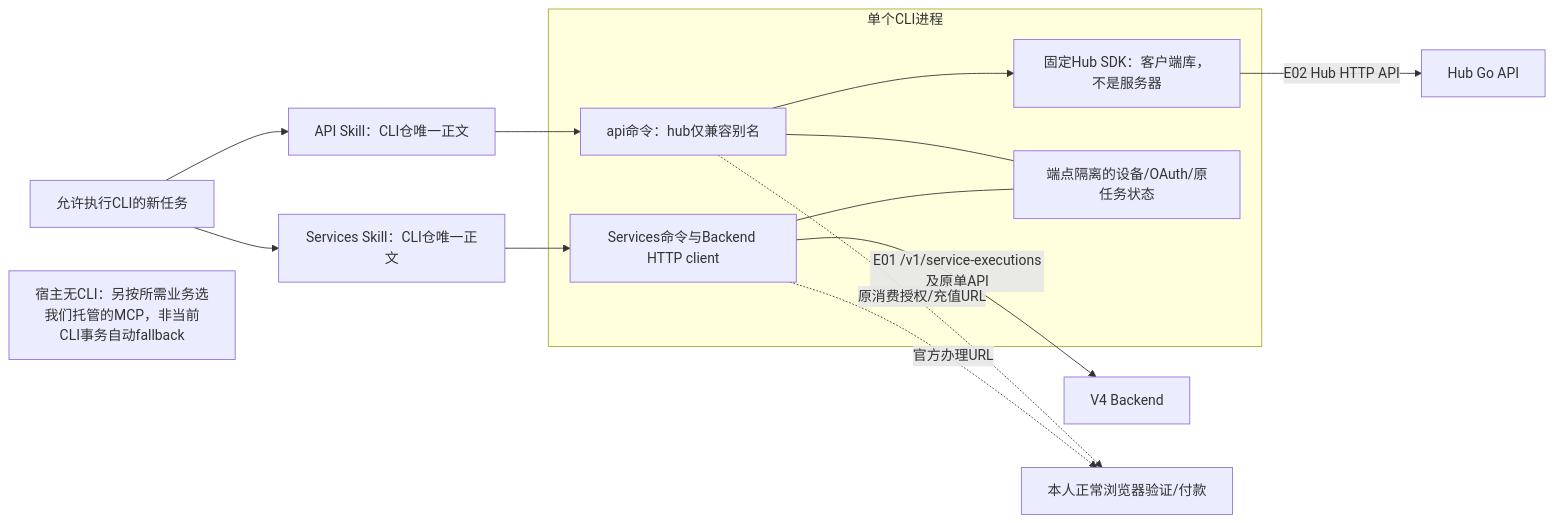
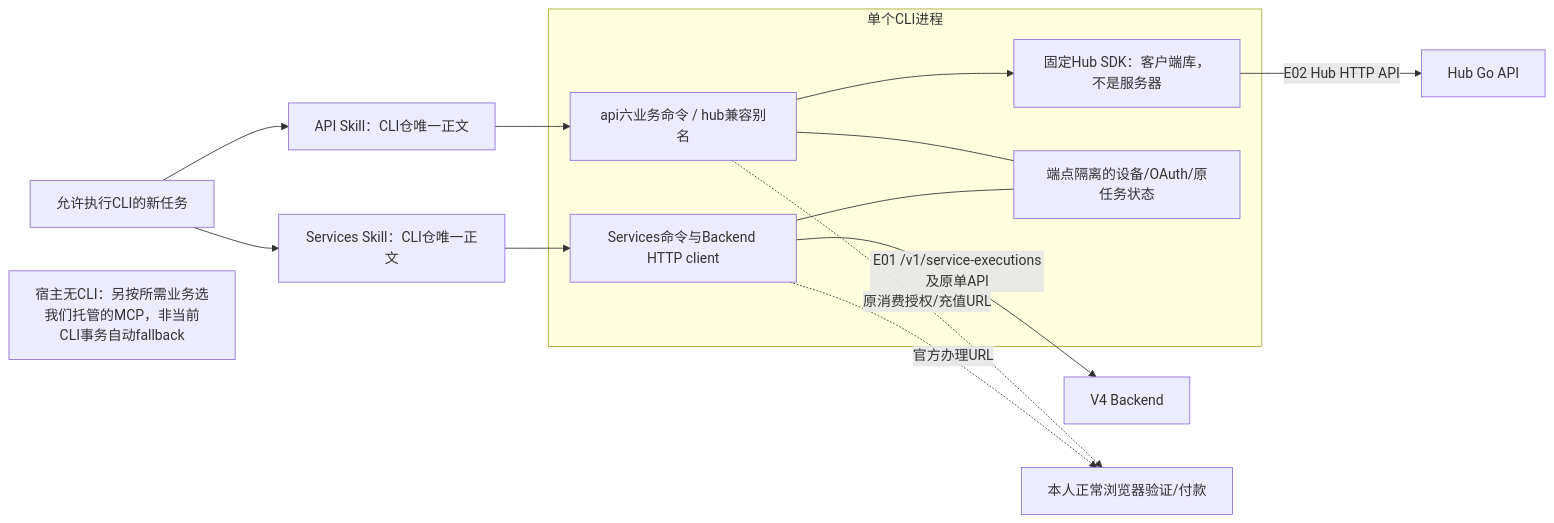
Before and after one commit to itpay-ai/cli: the first of 2 diagrams in docs/ARCHITECTURE.md, drawn with Mermaid. The commit also changed other lines of this file and 30 other files, not shown here.

````diff
--- a/docs/ARCHITECTURE.md
+++ b/docs/ARCHITECTURE.md
@@ -9,22 +9,22 @@
 ```mermaid
 flowchart LR
   Agent[允许执行CLI的新任务]
   SS[Services Skill：CLI仓唯一正文]
   AS[API Skill：CLI仓唯一正文]
   subgraph CP[单个CLI进程]
     SC[Services命令与Backend HTTP client]
-    AC[api命令：hub仅兼容别名]
+    AC[api六业务命令 / hub兼容别名]
     SDK[固定Hub SDK：客户端库，不是服务器]
     Journal[端点隔离的设备/OAuth/原任务状态]
     AC --> SDK
     SC --- Journal
     AC --- Journal
   end
   Agent --> SS --> SC
   Agent --> AS --> AC
   SC -->|E01 /v1/service-executions及原单API| V4[V4 Backend]
   SDK -->|E02 Hub HTTP API| Hub[Hub Go API]
   SC -.官方办理URL.-> Browser[本人正常浏览器验证/付款]
   AC -.原消费授权/充值URL.-> Browser
   NoCLI[宿主无CLI：另按所需业务选我们托管的MCP，非当前CLI事务自动fallback]
 ```
````
